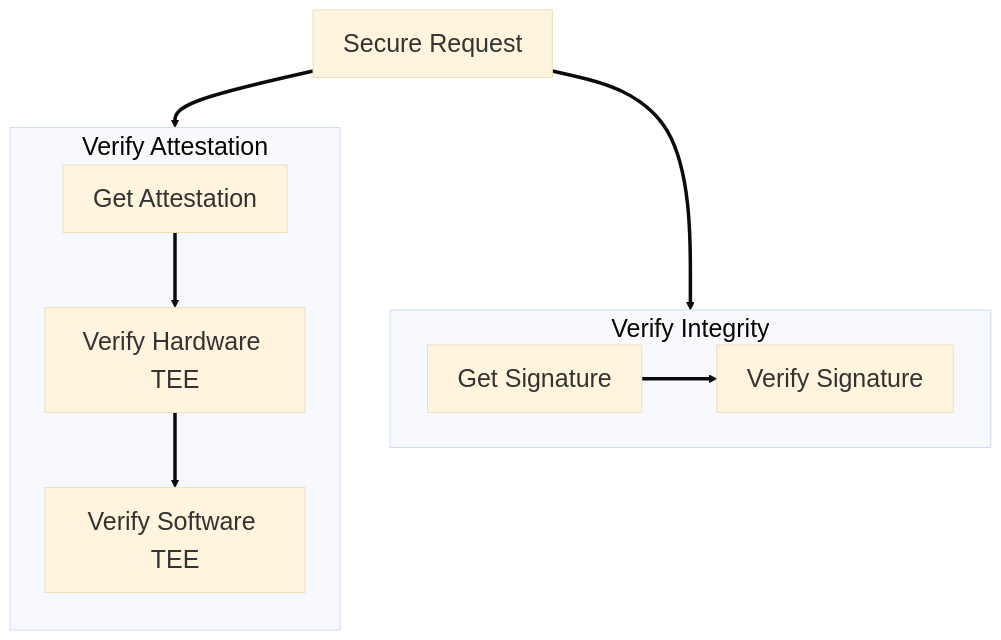
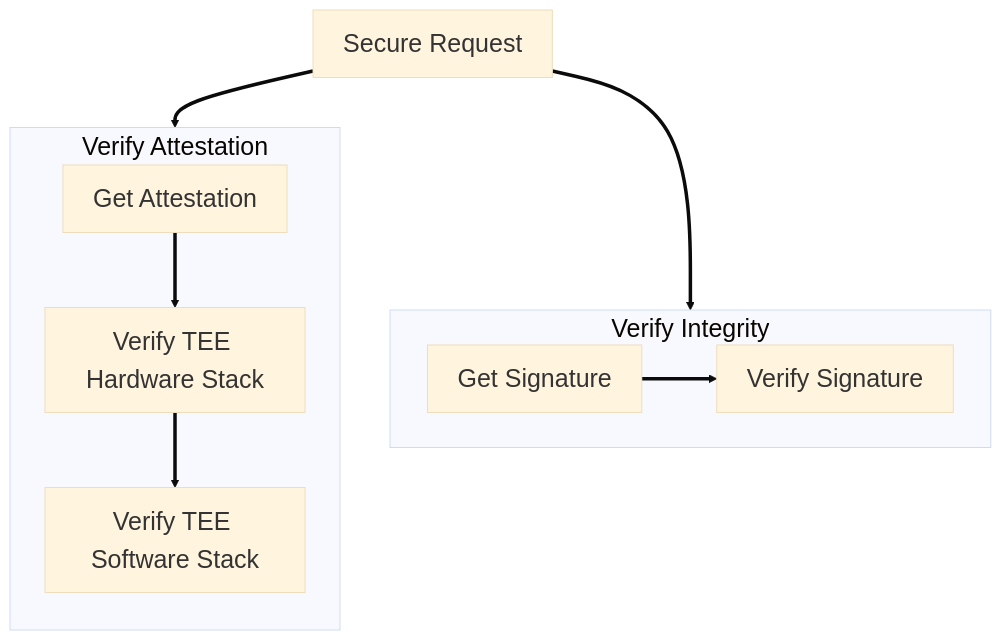
Before and after one commit to Phala-Network/phala-docs: the diagram in phala-cloud/confidential-ai/verify/overview.mdx, drawn with Mermaid. The commit also changed other lines of this file and 3 other files, not shown here.

````diff
--- a/phala-cloud/confidential-ai/verify/overview.mdx
+++ b/phala-cloud/confidential-ai/verify/overview.mdx
@@ -29,14 +29,14 @@
 ```mermaid
 %%{init: {'theme': 'base', 'themeVariables': { 'fontSize': '25px', 'fontFamily': 'arial', 'lineWidth': '3px' }}}%%
 flowchart TD
   subgraph Attestation [Verify Attestation]
     direction TB
     A0[Get Attestation] ==> A1
-    A1[Verify Hardware TEE] ==> A2[Verify Software TEE]
+    A1[Verify TEE Hardware Stack] ==> A2[Verify TEE Software Stack]
   end
   subgraph Signature [Verify Integrity]
     S1[Get Signature] ==> S2[Verify Signature]
   end
   Request[Secure Request] ==> Attestation
   Request ==> Signature
 ```
````
